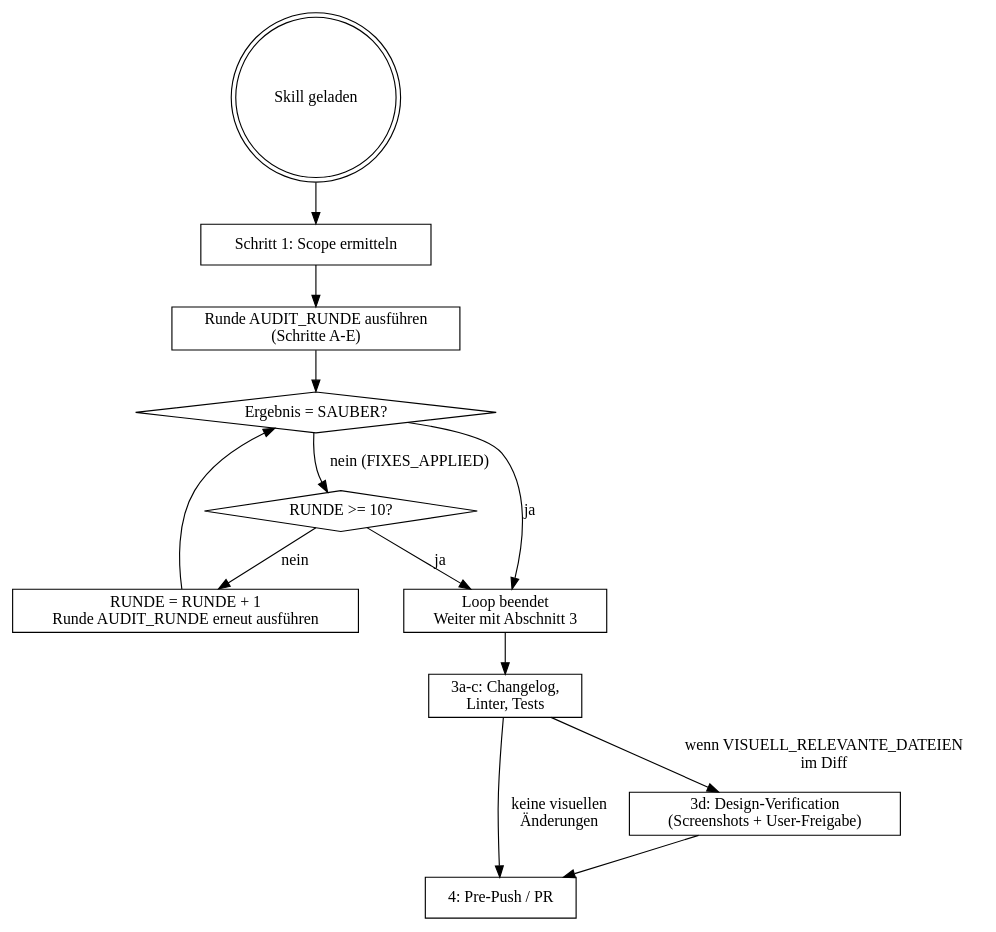
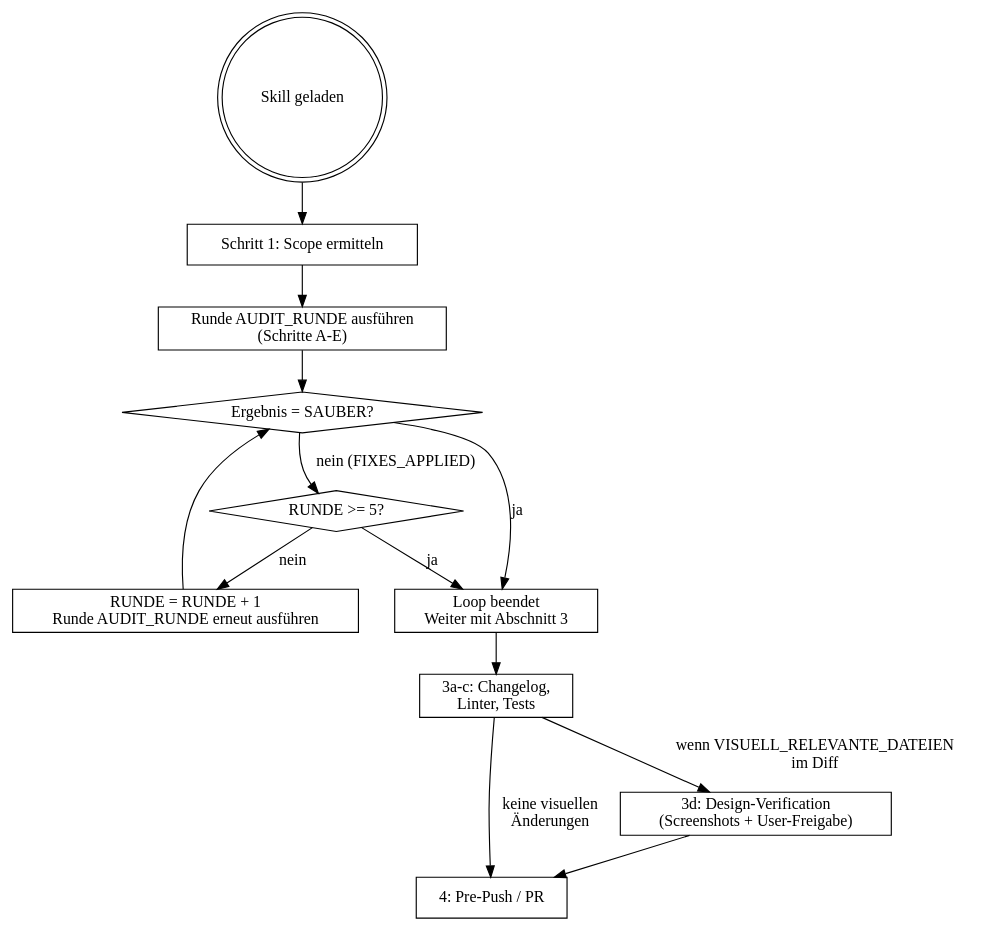
Before and after one commit to raaaf/claude-skills: the diagram in audit/SKILL.md, drawn with Graphviz. The commit also changed other lines of this file and 2 other files, not shown here.

First line of the commit message:
feat: add convergence check, hallucination validator, confidence gate to audit skills

````diff
--- a/audit/SKILL.md
+++ b/audit/SKILL.md
@@ -42,27 +42,27 @@
 ```dot
 digraph audit_loop {
     "Skill geladen" [shape=doublecircle];
     "Schritt 1: Scope ermitteln" [shape=box];
     "Runde AUDIT_RUNDE ausführen\n(Schritte A-E)" [shape=box];
     "Ergebnis = SAUBER?" [shape=diamond];
-    "RUNDE >= 10?" [shape=diamond];
+    "RUNDE >= 5?" [shape=diamond];
     "RUNDE = RUNDE + 1\nRunde AUDIT_RUNDE erneut ausführen" [shape=box];
     "Loop beendet\nWeiter mit Abschnitt 3" [shape=box];
     "3a-c: Changelog,\nLinter, Tests" [shape=box];
     "3d: Design-Verification\n(Screenshots + User-Freigabe)" [shape=box];
     "4: Pre-Push / PR" [shape=box];
 
     "Skill geladen" -> "Schritt 1: Scope ermitteln";
     "Schritt 1: Scope ermitteln" -> "Runde AUDIT_RUNDE ausführen\n(Schritte A-E)";
     "Runde AUDIT_RUNDE ausführen\n(Schritte A-E)" -> "Ergebnis = SAUBER?";
     "Ergebnis = SAUBER?" -> "Loop beendet\nWeiter mit Abschnitt 3" [label="ja"];
-    "Ergebnis = SAUBER?" -> "RUNDE >= 10?" [label="nein (FIXES_APPLIED)"];
-    "RUNDE >= 10?" -> "Loop beendet\nWeiter mit Abschnitt 3" [label="ja"];
-    "RUNDE >= 10?" -> "RUNDE = RUNDE + 1\nRunde AUDIT_RUNDE erneut ausführen" [label="nein"];
+    "Ergebnis = SAUBER?" -> "RUNDE >= 5?" [label="nein (FIXES_APPLIED)"];
+    "RUNDE >= 5?" -> "Loop beendet\nWeiter mit Abschnitt 3" [label="ja"];
+    "RUNDE >= 5?" -> "RUNDE = RUNDE + 1\nRunde AUDIT_RUNDE erneut ausführen" [label="nein"];
     "RUNDE = RUNDE + 1\nRunde AUDIT_RUNDE erneut ausführen" -> "Ergebnis = SAUBER?";
     "Loop beendet\nWeiter mit Abschnitt 3" -> "3a-c: Changelog,\nLinter, Tests";
     "3a-c: Changelog,\nLinter, Tests" -> "3d: Design-Verification\n(Screenshots + User-Freigabe)" [label="wenn VISUELL_RELEVANTE_DATEIEN\nim Diff"];
     "3a-c: Changelog,\nLinter, Tests" -> "4: Pre-Push / PR" [label="keine visuellen\nÄnderungen"];
     "3d: Design-Verification\n(Screenshots + User-Freigabe)" -> "4: Pre-Push / PR";
 }
 ```
````
